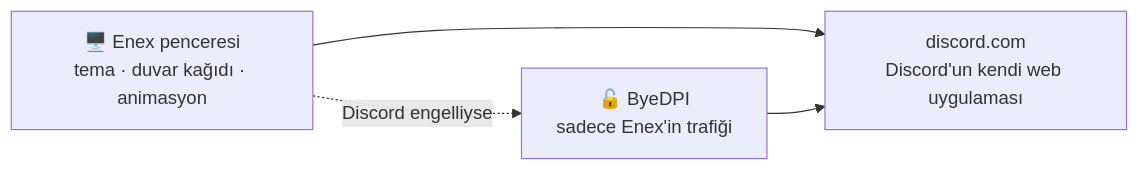
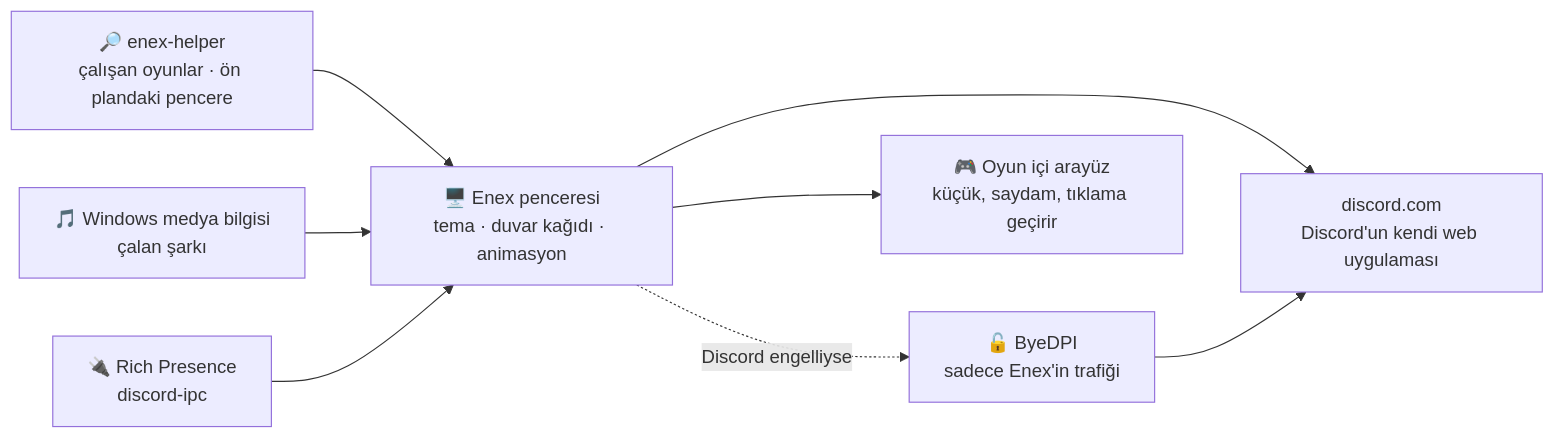
Before and after one commit to Enevolex/enex: the diagram in README.md, drawn with Mermaid. The commit also changed other lines of this file and 20 other files, not shown here.

````diff
--- a/README.md
+++ b/README.md
@@ -124,6 +189,10 @@
 ```mermaid
 flowchart LR
     A["🖥️ Enex penceresi<br/>tema · duvar kağıdı · animasyon"] --> B["discord.com<br/>Discord'un kendi web uygulaması"]
     A -. "Discord engelliyse" .-> C["🔓 ByeDPI<br/>sadece Enex'in trafiği"]
     C --> B
+    H["🔎 enex-helper<br/>çalışan oyunlar · ön plandaki pencere"] --> A
+    M["🎵 Windows medya bilgisi<br/>çalan şarkı"] --> A
+    R["🔌 Rich Presence<br/>discord-ipc"] --> A
+    A --> O["🎮 Oyun içi arayüz<br/>küçük, saydam, tıklama geçirir"]
 ```
````
